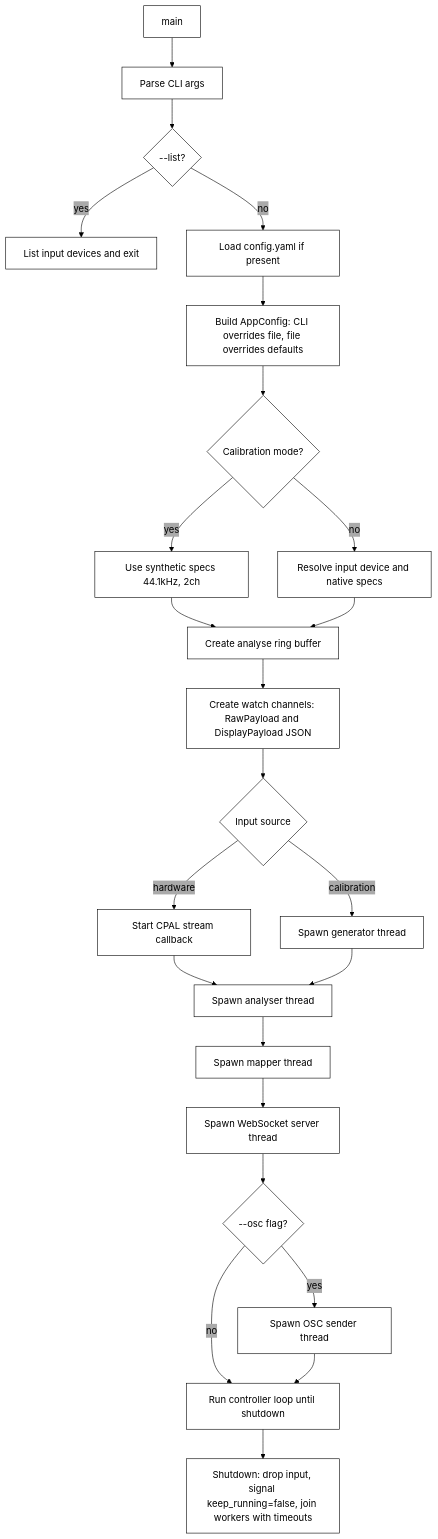
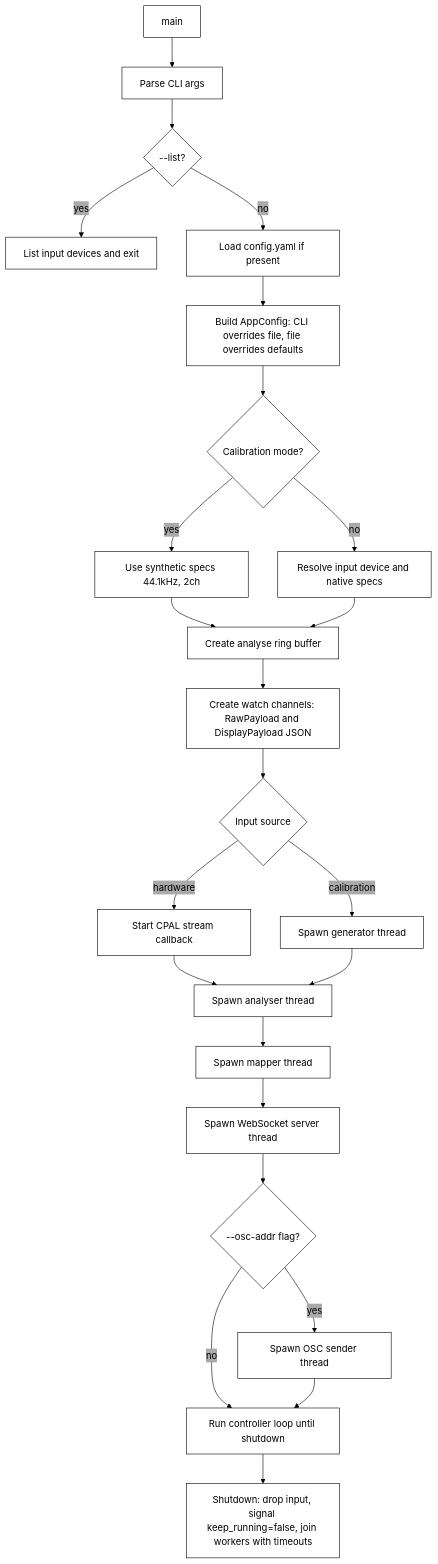
The first of 4 diagrams in docs/system/lifecycle.md (rayboyd/phase4), drawn with Mermaid before and after one commit. The commit also changed other lines of this file and 7 other files, not shown here.

````diff
--- a/docs/system/lifecycle.md
+++ b/docs/system/lifecycle.md
@@ -5,44 +5,44 @@
 ```mermaid
 %%{init: {
 	"theme": "base",
 	"themeVariables": {
 		"background": "#ffffff",
 		"fontFamily": "monospace",
 		"fontSize": "16px",
 		"lineColor": "#000",
 		"primaryBorderColor": "#000",
 		"primaryColor": "#fff",
 		"primaryTextColor": "#000",
 		"secondaryColor": "#aaa",
 		"tertiaryColor": "#ccc"
 	},
 	"flowchart": {
 		"curve": "basis",
 		"htmlLabels": true
 	}
 }}%%
 flowchart TD
 		A[main] --> B[Parse CLI args]
 		B --> C{--list?}
 		C -->|yes| D[List input devices and exit]
 		C -->|no| E2[Load config.yaml if present]
 		E2 --> E[Build AppConfig: CLI overrides file, file overrides defaults]
 		E --> F{Calibration mode?}
 		F -->|yes| G[Use synthetic specs 44.1kHz, 2ch]
 		F -->|no| H[Resolve input device and native specs]
 		G --> I[Create analyse ring buffer]
 		H --> I
 		I --> J[Create watch channels: RawPayload and DisplayPayload JSON]
 		J --> K{Input source}
 		K -->|calibration| M[Spawn generator thread]
 		K -->|hardware| L[Start CPAL stream callback]
 		L --> N[Spawn analyser thread]
 		M --> N
 		N --> O[Spawn mapper thread]
 		O --> P[Spawn WebSocket server thread]
-		P --> Q{--osc flag?}
+		P --> Q{--osc-addr flag?}
 		Q -->|yes| Q2[Spawn OSC sender thread]
 		Q -->|no| R[Run controller loop until shutdown]
 		Q2 --> R
 		R --> S[Shutdown: drop input, signal keep_running=false, join workers with timeouts]
 ```
````
